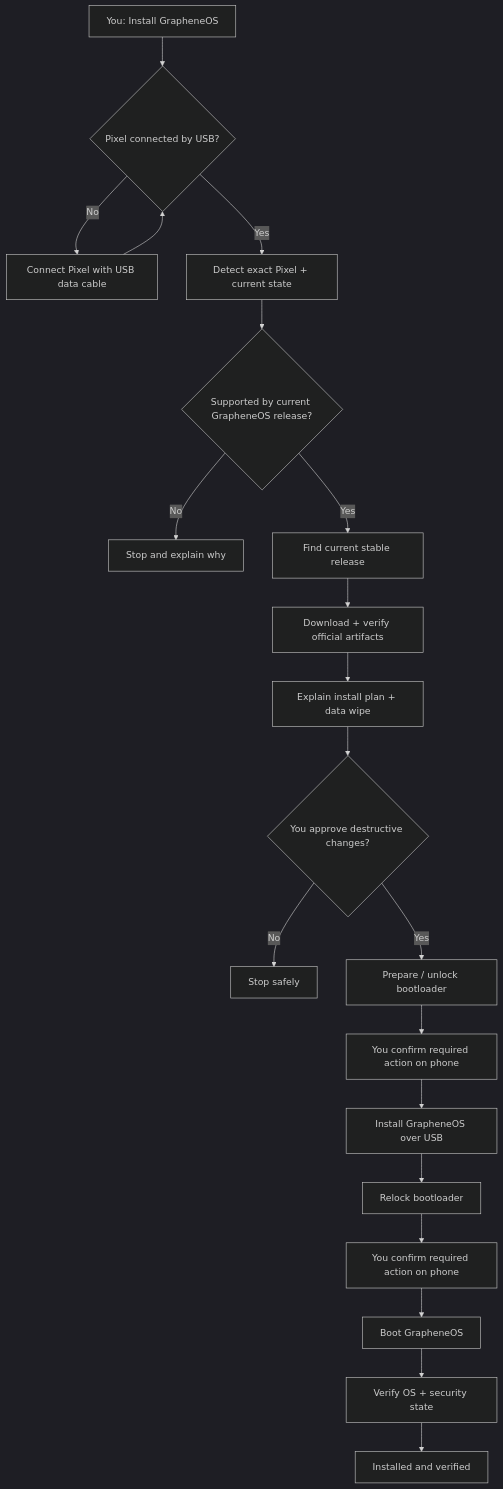
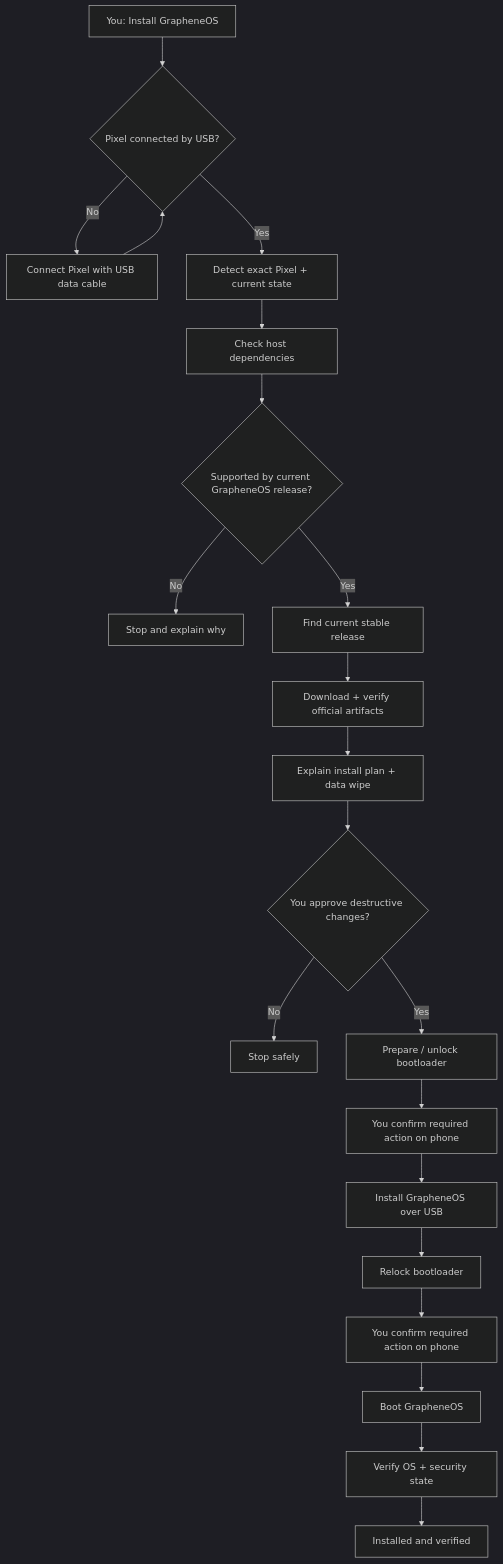
The first of 6 diagrams in install/grapheneos/install-grapheneos.spec.md (starodubtsevconsulting/ai-commands), drawn with Mermaid (dark theme) before and after one commit. The commit also changed other lines of this file, not shown here.

Commit message:
Specify GrapheneOS host dependencies

````diff
--- a/install/grapheneos/install-grapheneos.spec.md
+++ b/install/grapheneos/install-grapheneos.spec.md
@@ -9,22 +9,23 @@
 ```mermaid
 flowchart TD
   User["You: Install GrapheneOS"] --> USB{"Pixel connected by USB?"}
   USB -->|No| Connect["Connect Pixel with USB data cable"]
   Connect --> USB
   USB -->|Yes| Detect["Detect exact Pixel + current state"]
-  Detect --> Support{"Supported by current GrapheneOS release?"}
+  Detect --> Dependencies["Check host dependencies"]
+  Dependencies --> Support{"Supported by current GrapheneOS release?"}
   Support -->|No| Block["Stop and explain why"]
   Support -->|Yes| Latest["Find current stable release"]
   Latest --> Verify["Download + verify official artifacts"]
   Verify --> Explain["Explain install plan + data wipe"]
   Explain --> Approve{"You approve destructive changes?"}
   Approve -->|No| Stop["Stop safely"]
   Approve -->|Yes| Unlock["Prepare / unlock bootloader"]
   Unlock --> Human["You confirm required action on phone"]
   Human --> Flash["Install GrapheneOS over USB"]
   Flash --> Relock["Relock bootloader"]
   Relock --> Confirm["You confirm required action on phone"]
   Confirm --> Boot["Boot GrapheneOS"]
   Boot --> Final["Verify OS + security state"]
   Final --> Done["Installed and verified"]
 ```
````
